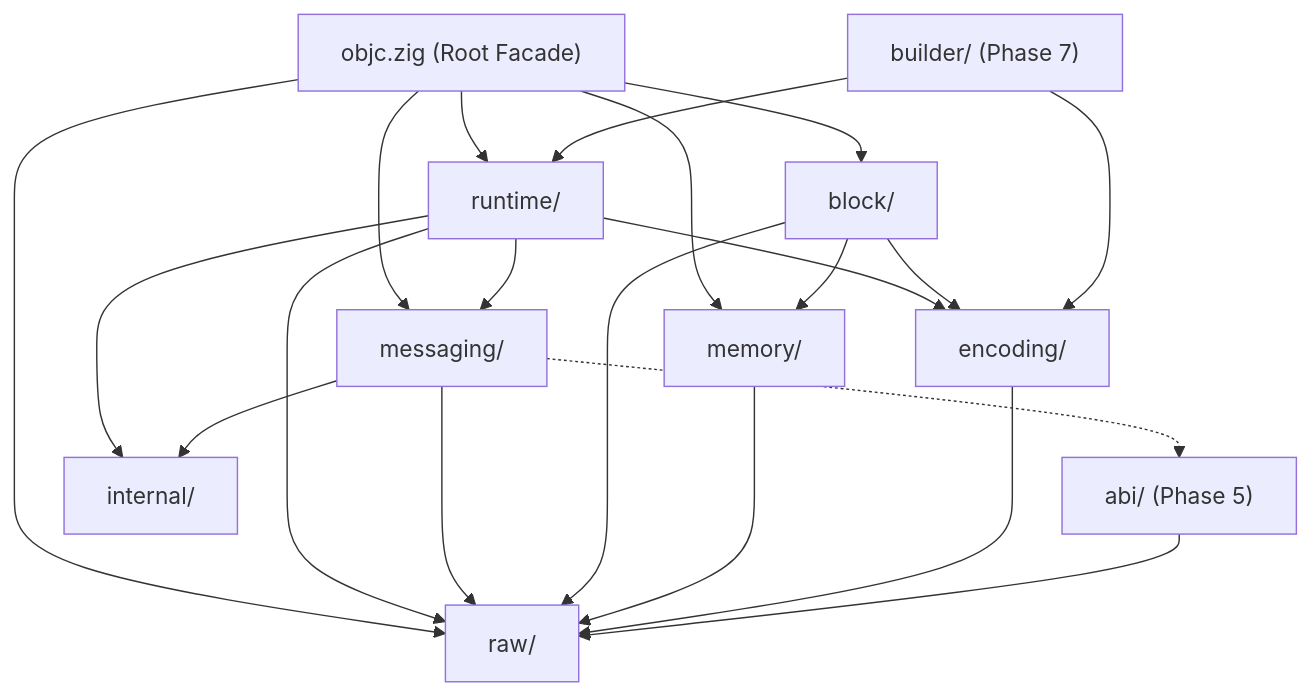
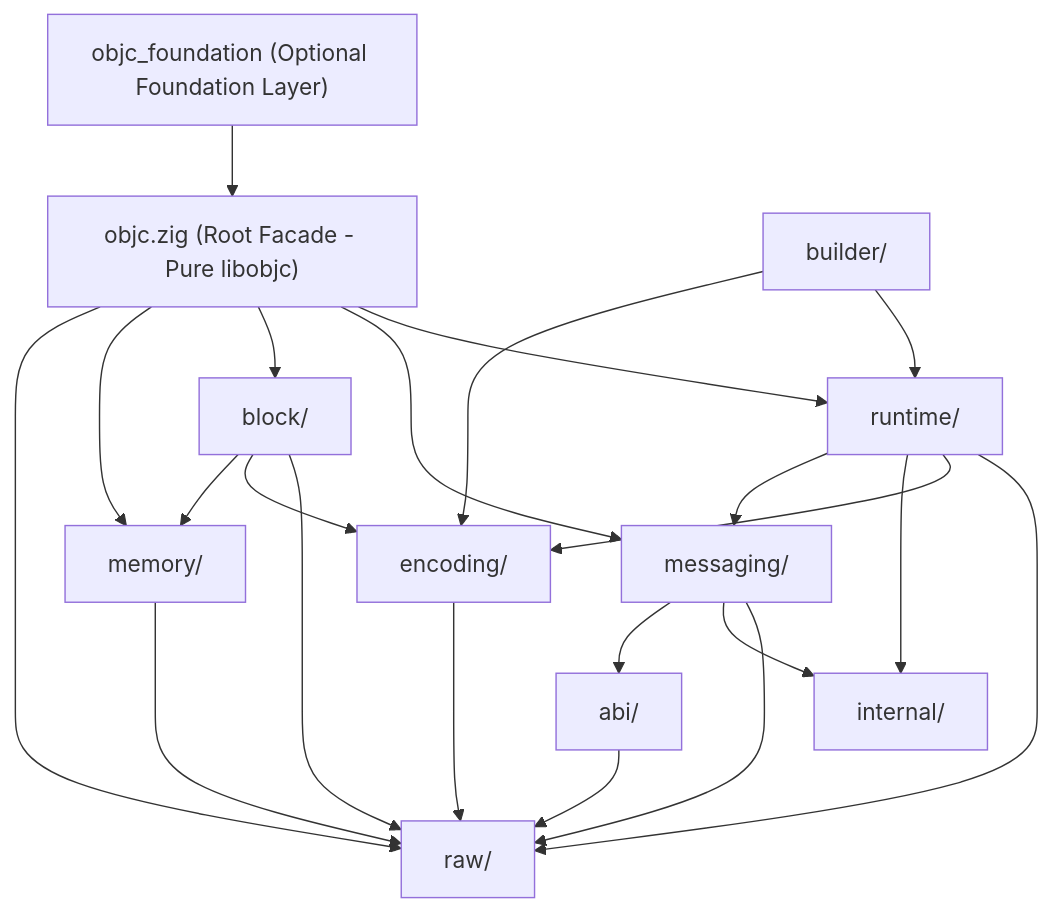
Before and after one commit to burakssen/zobjc: the diagram in docs/architecture.md, drawn with Mermaid. The commit also changed 76 other files, not shown here.

````diff
--- a/docs/architecture.md
+++ b/docs/architecture.md
@@ -12,39 +12,42 @@
 ```mermaid
 flowchart TD
-    objc["objc.zig (Root Facade)"]
+    foundation["objc_foundation (Optional Foundation Layer)"]
+    objc["objc.zig (Root Facade - Pure libobjc)"]
     runtime["runtime/"]
     messaging["messaging/"]
     block["block/"]
     memory["memory/"]
     encoding["encoding/"]
-    abi["abi/ (Phase 5)"]
-    builder["builder/ (Phase 7)"]
+    abi["abi/"]
+    builder["builder/"]
     raw["raw/"]
     internal["internal/"]
+
+    foundation --> objc
 
     objc --> runtime
     objc --> messaging
     objc --> block
     objc --> memory
     objc --> raw
 
     runtime --> raw
     runtime --> encoding
     runtime --> internal
     runtime --> messaging
 
     messaging --> raw
     messaging --> internal
-    messaging -.-> abi
+    messaging --> abi
 
     block --> raw
     block --> encoding
     block --> memory
 
     memory --> raw
 
     encoding --> raw
     abi --> raw
     builder --> runtime
     builder --> encoding
 ```
````
